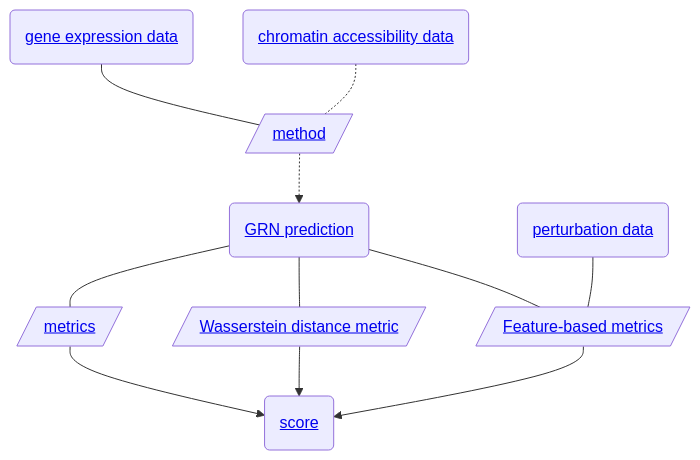
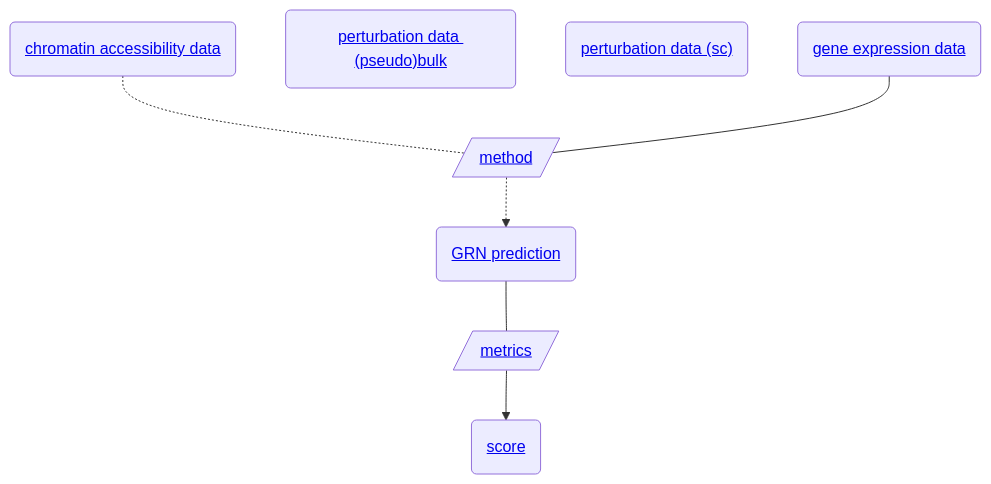
Before and after one commit to openproblems-bio/task_grn_inference: the diagram in README.md, drawn with Mermaid. The commit also changed other lines of this file and 17 other files, not shown here.

````diff
--- a/README.md
+++ b/README.md
@@ -90,22 +88,16 @@
 ``` mermaid
 flowchart TB
   file_atac_h5ad("<a href='https://github.com/openproblems-bio/task_grn_inference#file-format-chromatin-accessibility-data'>chromatin accessibility data</a>")
   comp_method[/"<a href='https://github.com/openproblems-bio/task_grn_inference#component-type-method'>method</a>"/]
   file_prediction_h5ad("<a href='https://github.com/openproblems-bio/task_grn_inference#file-format-grn-prediction'>GRN prediction</a>")
-  comp_metric_regression[/"<a href='https://github.com/openproblems-bio/task_grn_inference#component-type-feature-based-metrics'>Feature-based metrics</a>"/]
-  comp_metric_ws[/"<a href='https://github.com/openproblems-bio/task_grn_inference#component-type-wasserstein-distance-metric'>Wasserstein distance metric</a>"/]
   comp_metric[/"<a href='https://github.com/openproblems-bio/task_grn_inference#component-type-metrics'>metrics</a>"/]
   file_score_h5ad("<a href='https://github.com/openproblems-bio/task_grn_inference#file-format-score'>score</a>")
-  file_evaluation_h5ad("<a href='https://github.com/openproblems-bio/task_grn_inference#file-format-perturbation-data'>perturbation data</a>")
+  file_evaluation_bulk_h5ad("<a href='https://github.com/openproblems-bio/task_grn_inference#file-format-perturbation-data--pseudo-bulk'>perturbation data (pseudo)bulk</a>")
+  file_evaluation_sc_h5ad("<a href='https://github.com/openproblems-bio/task_grn_inference#file-format-perturbation-data--sc-'>perturbation data (sc)</a>")
   file_rna_h5ad("<a href='https://github.com/openproblems-bio/task_grn_inference#file-format-gene-expression-data'>gene expression data</a>")
   file_atac_h5ad-.-comp_method
   comp_method-.->file_prediction_h5ad
-  file_prediction_h5ad---comp_metric_regression
-  file_prediction_h5ad---comp_metric_ws
   file_prediction_h5ad---comp_metric
-  comp_metric_regression-->file_score_h5ad
-  comp_metric_ws-->file_score_h5ad
   comp_metric-->file_score_h5ad
-  file_evaluation_h5ad---comp_metric_regression
   file_rna_h5ad---comp_method
 ```
````
